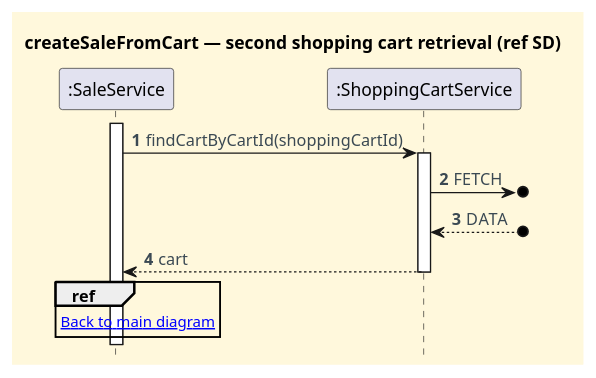
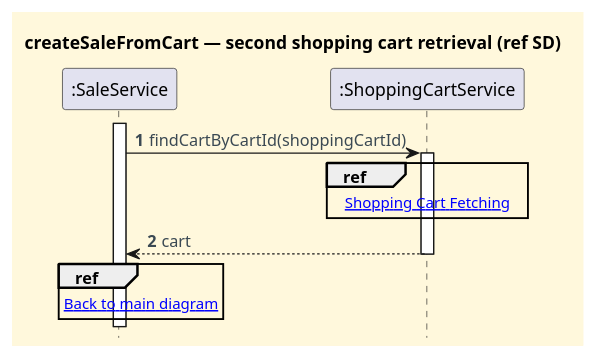
Before and after one commit to CarolinaLeite-collab/JavaMarketplacePlatform: the diagram in docs/client-server-diagrams/buy-item-on-direct-sale/rest-sd-ref-diagrams/secondShoppingCartRetrieval.puml, drawn with PlantUML. The commit also changed 1 other file, not shown here.

Commit message:
docs: updated ref fragment for *buy publication on a direct sale* functionality, refs #1173

```diff
--- a/docs/client-server-diagrams/buy-item-on-direct-sale/rest-sd-ref-diagrams/secondShoppingCartRetrieval.puml
+++ b/docs/client-server-diagrams/buy-item-on-direct-sale/rest-sd-ref-diagrams/secondShoppingCartRetrieval.puml
@@ -1,32 +1,35 @@
 @startuml
 title createSaleFromCart — second shopping cart retrieval (ref SD)
 
 skinparam monochrome false
 skinparam shadowing false
 skinparam defaultFontName Futura
 skinparam objectFontSize 20
 skinparam backgroundColor CornSilk
 skinparam objectBackgroundColor WhiteSmoke
 skinparam noteBackgroundColor #FFFFE0
 skinparam ArrowFontColor #3B4953
 skinparam ActivationBackgroundColor black
 hidefootbox
 autonumber
 
 participant ":SaleService" as Service
 participant ":ShoppingCartService" as CartService
 
 activate Service
 
 Service -> CartService : findCartByCartId(shoppingCartId)
 activate CartService
-CartService ->o] : FETCH
-CartService <--o] : DATA
+
+ref over CartService
+[[./shoppingCartFetch.puml Shopping Cart Fetching]]
+end ref
+
 CartService --> Service : cart
 deactivate CartService
 
 ref over Service
 [[./POST_sale.puml Back to main diagram]]
 end ref
 
 @enduml
```
